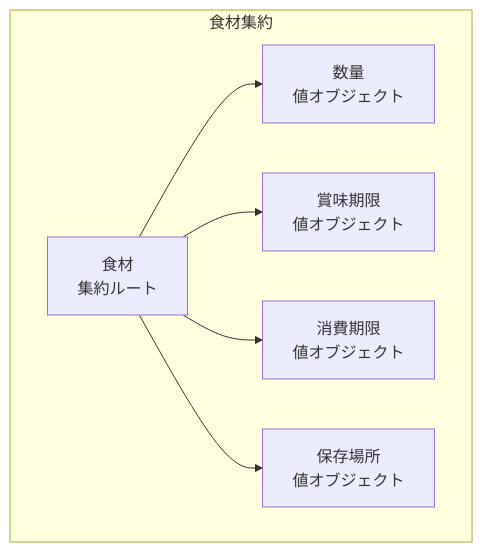
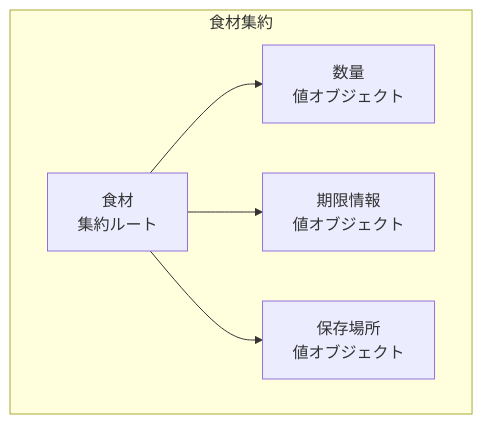
Before and after one commit to komei0727/all_in_one: the first of 2 diagrams in docs/domain/contexts/ingredient-management/aggregates.md, drawn with Mermaid. The commit also changed other lines of this file and 21 other files, not shown here.

````diff
--- a/docs/domain/contexts/ingredient-management/aggregates.md
+++ b/docs/domain/contexts/ingredient-management/aggregates.md
@@ -24,15 +24,13 @@
 ```mermaid
 graph TD
     subgraph "食材集約"
         Ingredient[食材<br/>集約ルート]
         Quantity[数量<br/>値オブジェクト]
-        BestBeforeDate[賞味期限<br/>値オブジェクト]
-        ExpiryDate[消費期限<br/>値オブジェクト]
+        ExpiryInfo[期限情報<br/>値オブジェクト]
         StorageLocation[保存場所<br/>値オブジェクト]
 
         Ingredient --> Quantity
-        Ingredient --> BestBeforeDate
-        Ingredient --> ExpiryDate
+        Ingredient --> ExpiryInfo
         Ingredient --> StorageLocation
     end
 ```
````
